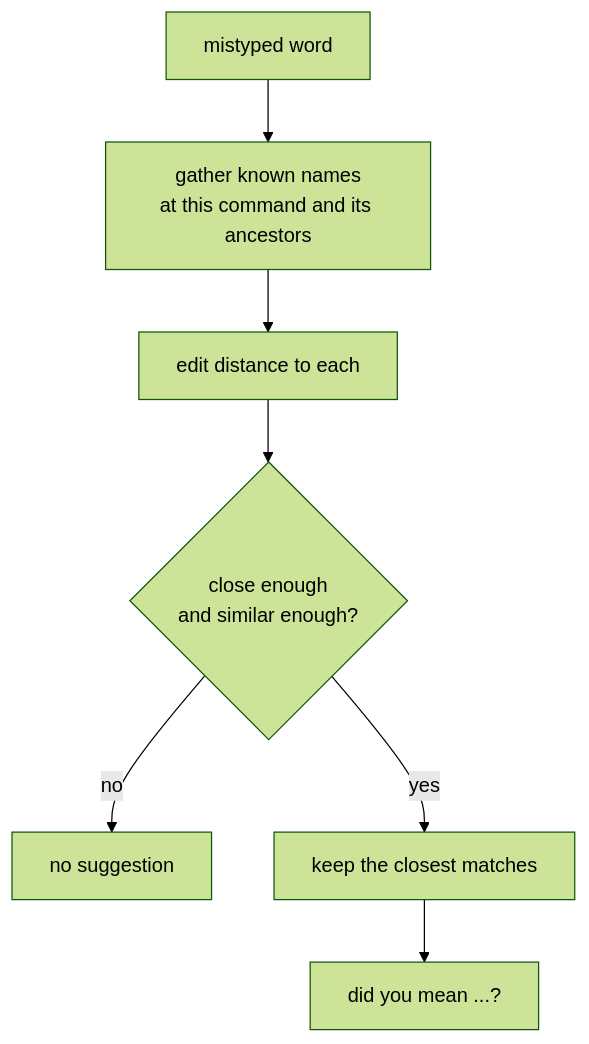
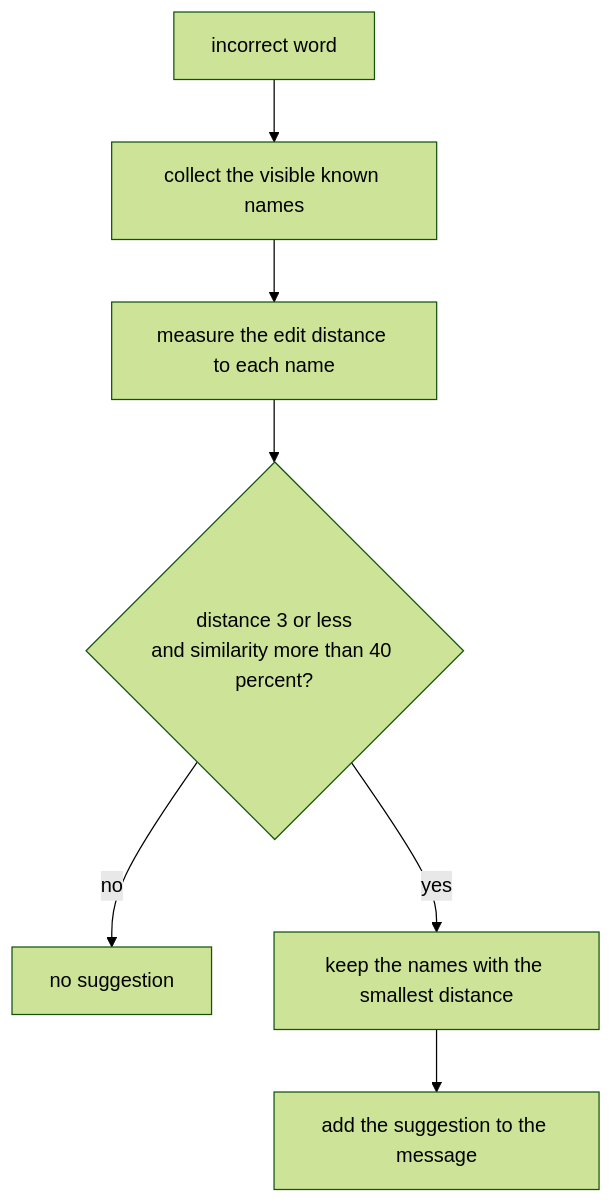
Before and after one commit to KeunwooPark/cluedoc: the third of 4 diagrams in docs/examples/commander/.cluedoc/error-handling/README.md, drawn with Mermaid (forest theme). The commit also changed other lines of this file and 22 other files, not shown here.

````diff
--- a/docs/examples/commander/.cluedoc/error-handling/README.md
+++ b/docs/examples/commander/.cluedoc/error-handling/README.md
@@ -58,9 +69,9 @@
 ```mermaid
 flowchart TD
-    W["mistyped word"] --> CAND["gather known names<br/>at this command and its ancestors"]
-    CAND --> DIST["edit distance to each"]
-    DIST --> KEEP{"close enough<br/>and similar enough?"}
+    W["incorrect word"] --> CAND["collect the visible known names"]
+    CAND --> DIST["measure the edit distance to each name"]
+    DIST --> KEEP{"distance 3 or less<br/>and similarity more than 40 percent?"}
     KEEP -- no --> NONE["no suggestion"]
-    KEEP -- yes --> BEST["keep the closest matches"]
-    BEST --> OUT["did you mean ...?"]
+    KEEP -- yes --> BEST["keep the names with the smallest distance"]
+    BEST --> OUT["add the suggestion to the message"]
 ```
````
